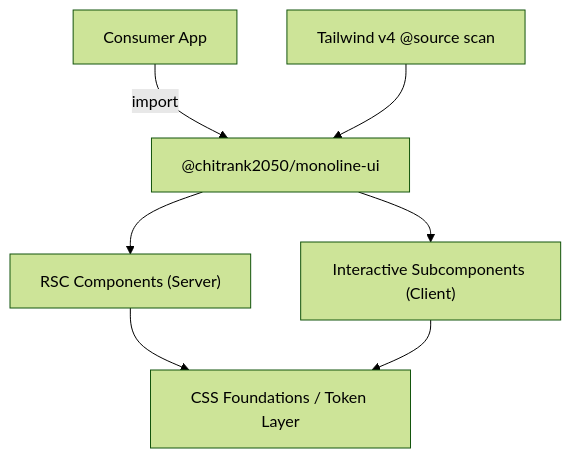
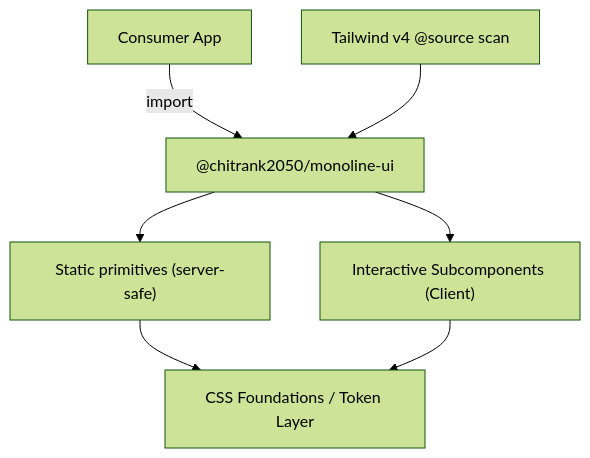
The diagram in README.md (chitranklabs/monoline-ui), drawn with Mermaid (forest theme) before and after one commit. The commit also changed other lines of this file and 55 other files, not shown here.

````diff
--- a/README.md
+++ b/README.md
@@ -143,9 +139,9 @@
 ```mermaid
 graph TD
     A[Consumer App] -->|import| B["@chitrank2050/monoline-ui"]
-    B --> C["RSC Components (Server)"]
+    B --> C["Static primitives (server-safe)"]
     B --> D["Interactive Subcomponents (Client)"]
     C --> E["CSS Foundations / Token Layer"]
     D --> E
     F["Tailwind v4 @source scan"] --> B
 ```
````
